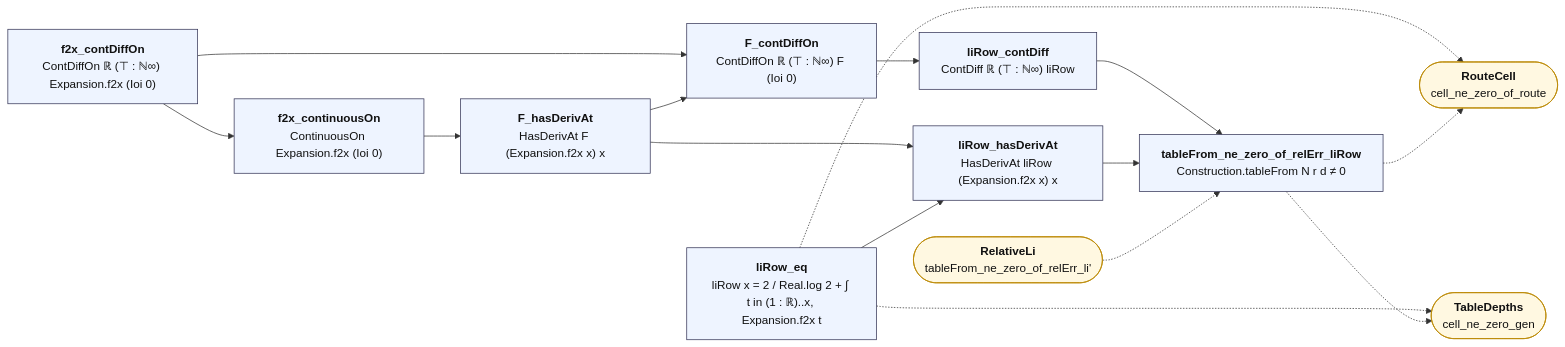
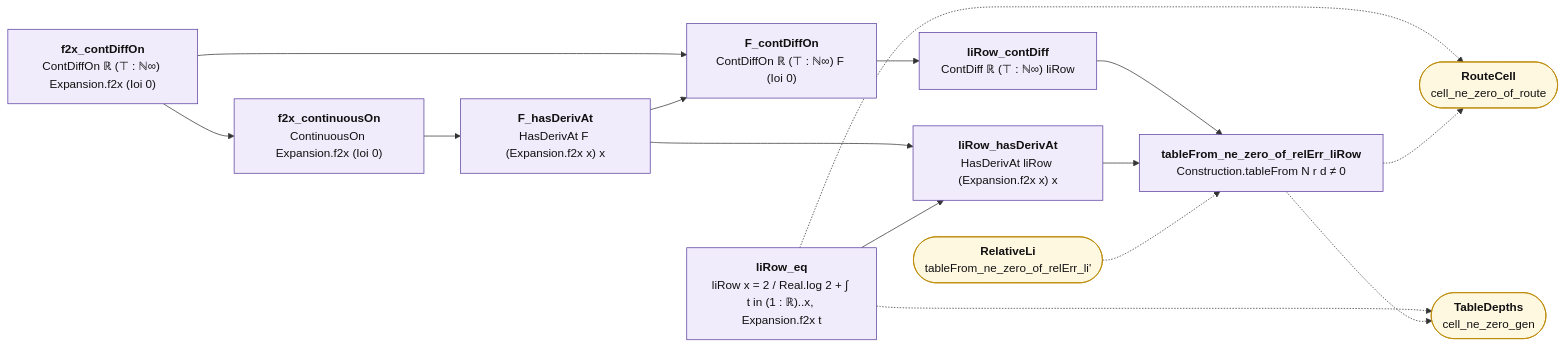
Before and after one commit to juliansambranojr/Primebeat_081426: the diagram in map/lean/Interpolant.md, drawn with Mermaid. The commit also changed other lines of this file and 398 other files, not shown here.

````diff
--- a/map/lean/Interpolant.md
+++ b/map/lean/Interpolant.md
@@ -12,33 +12,36 @@
 ```mermaid
 flowchart LR
-  n0["<b>f2x_contDiffOn</b><br/>ContDiffOn ℝ (⊤ : ℕ∞) Expansion.f2x (Ioi 0)"]:::thm
-  n1["<b>f2x_continuousOn</b><br/>ContinuousOn Expansion.f2x (Ioi 0)"]:::thm
-  n2["<b>F_hasDerivAt</b><br/>HasDerivAt F (Expansion.f2x x) x"]:::thm
-  n3["<b>F_contDiffOn</b><br/>ContDiffOn ℝ (⊤ : ℕ∞) F (Ioi 0)"]:::thm
-  n4["<b>liRow_contDiff</b><br/>ContDiff ℝ (⊤ : ℕ∞) liRow"]:::thm
-  n5["<b>liRow_eq</b><br/>liRow x = 2 / Real.log 2 + ∫ t in (1 : ℝ)..x, Expansion.f2x t"]:::thm
-  n6["<b>liRow_hasDerivAt</b><br/>HasDerivAt liRow (Expansion.f2x x) x"]:::thm
-  n7["<b>tableFrom_ne_zero_of_relErr_liRow</b><br/>Construction.tableFrom N r d ≠ 0"]:::thm
+  n0["<b>f2x_contDiffOn</b><br/>ContDiffOn ℝ (⊤ : ℕ∞) Expansion.f2x (Ioi 0)"]:::shp
+  n1["<b>f2x_continuousOn</b><br/>ContinuousOn Expansion.f2x (Ioi 0)"]:::shp
+  n2["<b>F_hasDerivAt</b><br/>HasDerivAt F (Expansion.f2x x) x"]:::shp
+  n3["<b>F_contDiffOn</b><br/>ContDiffOn ℝ (⊤ : ℕ∞) F (Ioi 0)"]:::shp
+  n4["<b>liRow_contDiff</b><br/>ContDiff ℝ (⊤ : ℕ∞) liRow"]:::shp
+  n5["<b>liRow_eq</b><br/>liRow x = 2 / Real.log 2 + ∫ t in (1 : ℝ)..x, Expansion.f2x t"]:::shp
+  n6["<b>liRow_hasDerivAt</b><br/>HasDerivAt liRow (Expansion.f2x x) x"]:::shp
+  n7["<b>tableFrom_ne_zero_of_relErr_liRow</b><br/>Construction.tableFrom N r d ≠ 0"]:::shp
   x0(["<b>RouteCell</b><br/>cell_ne_zero_of_route"]):::ext
   x1(["<b>TableDepths</b><br/>cell_ne_zero_gen"]):::ext
   x2(["<b>RelativeLi</b><br/>tableFrom_ne_zero_of_relErr_li'"]):::ext
   n0 --> n1
   n0 --> n3
   n1 --> n2
   n2 --> n3
   n2 --> n6
   n3 --> n4
   n4 --> n7
   n5 --> n6
   n6 --> n7
   n5 -.-> x0
   n5 -.-> x1
   n7 -.-> x0
   n7 -.-> x1
   x2 -.-> n7
+  classDef cnt fill:#dff5ec,stroke:#17694a,color:#111
+  classDef shp fill:#f1ecfb,stroke:#5b3fa0,color:#111
+  classDef rh fill:#ffe5e5,stroke:#c22,color:#111,stroke-width:2px
   classDef thm fill:#eef4ff,stroke:#335,color:#111
   classDef end_ fill:#e7f7e7,stroke:#2a7,color:#111,stroke-width:2px
   classDef lone fill:#fff,stroke:#999,color:#111,stroke-dasharray:4 3
   classDef bad fill:#ffe5e5,stroke:#c22,color:#111,stroke-width:2px
   classDef ext fill:#fff8e1,stroke:#b80,color:#111
 ```
````
